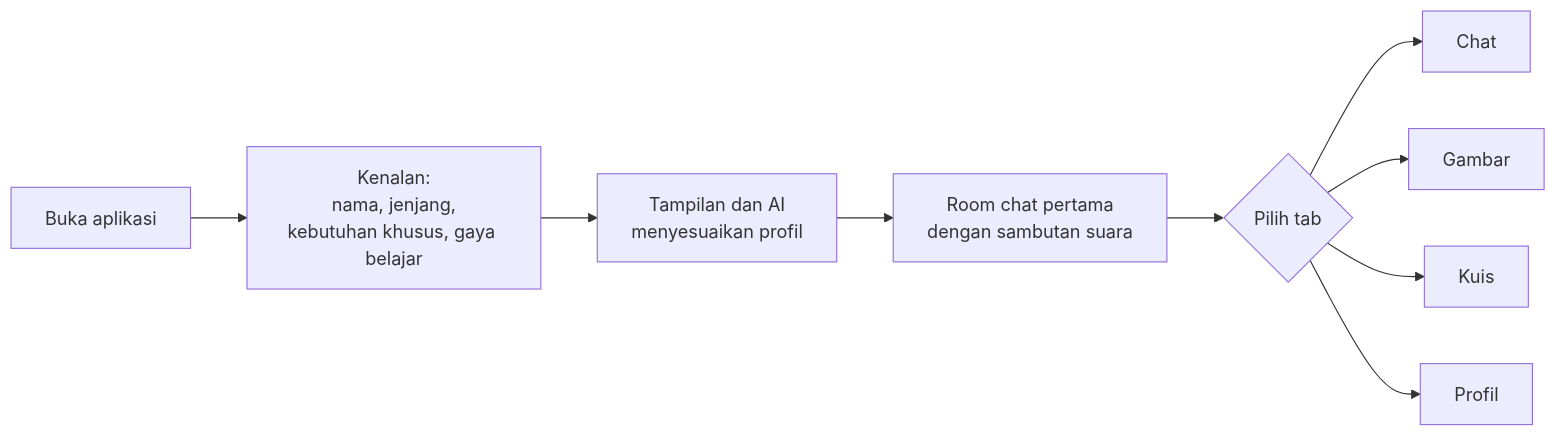
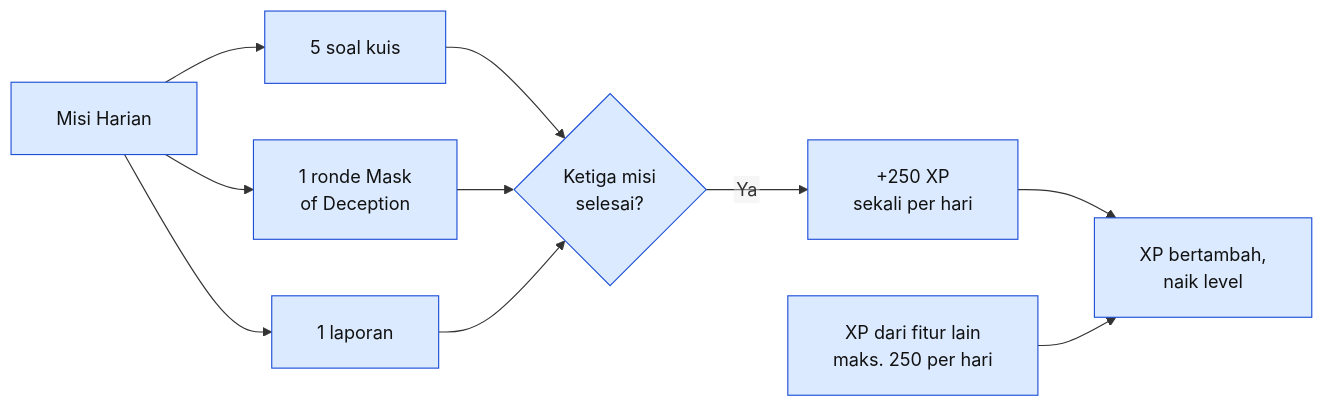
One commit to ZaidAlHibb/ITIHIX changed the eighth of 12 diagrams in README.md. Above: the diagram before and after it, drawn with Mermaid. The commit also changed other lines of this file, not shown here.

````diff
--- a/README.md
+++ b/README.md
@@ -102,11 +335,15 @@
 ```mermaid
+%%{init: {"flowchart": {"htmlLabels": false, "padding": 20}, "themeVariables": {"fontFamily": "Arial, Helvetica, sans-serif"}}}%%
 flowchart LR
-    A[Buka aplikasi] --> B[Kenalan:<br/>nama, jenjang,<br/>kebutuhan khusus, gaya belajar]
-    B --> C[Tampilan dan AI<br/>menyesuaikan profil]
-    C --> D[Room chat pertama<br/>dengan sambutan suara]
-    D --> E{Pilih tab}
-    E --> F[Chat]
-    E --> G[Gambar]
-    E --> H[Kuis]
-    E --> I[Profil]
+    A[Misi Harian] --> B[5 soal kuis]
+    A --> C[1 ronde Mask<br/>of Deception]
+    A --> D[1 laporan]
+    B --> E{Ketiga misi<br/>selesai?}
+    C --> E
+    D --> E
+    E -->|Ya| F[+250 XP<br/>sekali per hari]
+    F --> G[XP bertambah,<br/>naik level]
+    H[XP dari fitur lain<br/>maks. 250 per hari] --> G
+    classDef user fill:#dbeafe,stroke:#1d4ed8,color:#111111
+    class A,B,C,D,E,F,G,H user
 ```
````
